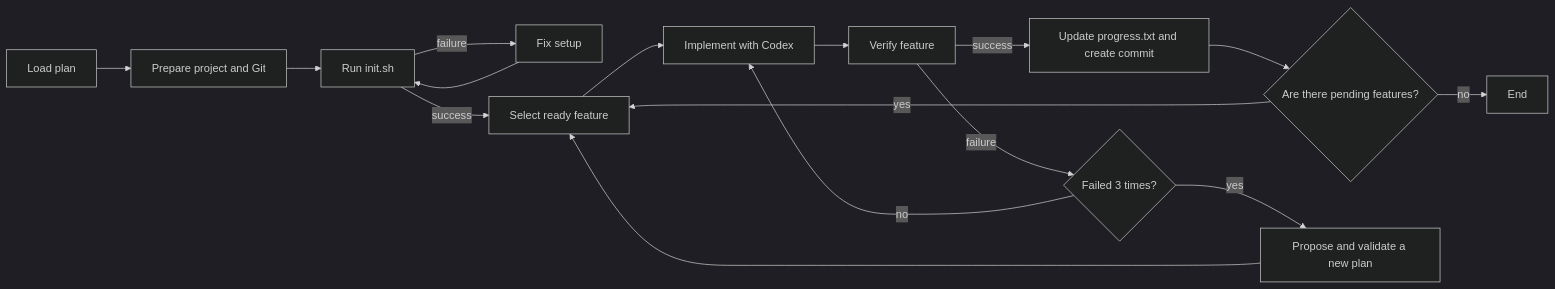
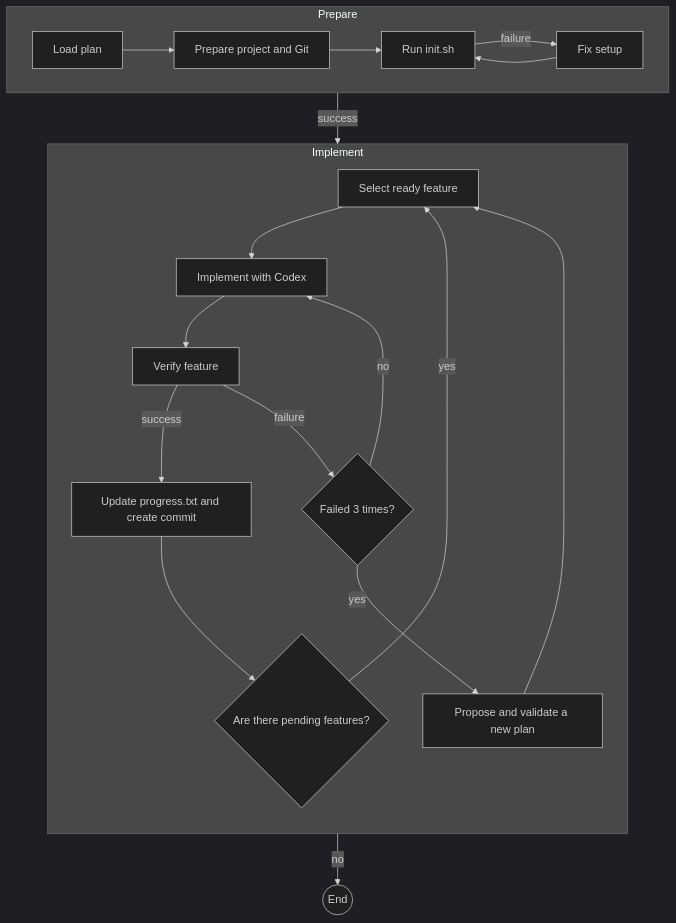
The diagram in mhl.workflow.development/README.md (mh-language/mhl-workflows), drawn with Mermaid (dark theme) before and after one commit. The commit also changed other lines of this file and 1 other file, not shown here.

Commit message:
fix: Update README for clarity and consistency in English

````diff
--- a/mhl.workflow.development/README.md
+++ b/mhl.workflow.development/README.md
@@ -12,18 +12,27 @@
 ```mermaid
-flowchart LR
+flowchart TD
+  subgraph Prepare
+    direction LR
     A[Load plan] --> B[Prepare project and Git]
     B --> C[Run init.sh]
     C -->|failure| D[Fix setup]
-    D --> C
+    D --> C  
+  end
+
+
+  subgraph Implement
+    direction TB
     C -->|success| E[Select ready feature]
     E --> F[Implement with Codex]
     F --> G[Verify feature]
     G -->|success| H[Update progress.txt and create commit]
     H --> I{Are there pending features?}
     I -->|yes| E
-    I -->|no| J[End]
     G -->|failure| K{Failed 3 times?}
     K -->|no| F
     K -->|yes| L[Propose and validate a new plan]
     L --> E
+  end
+
+  I -->|no| J((End))
 ```
````
